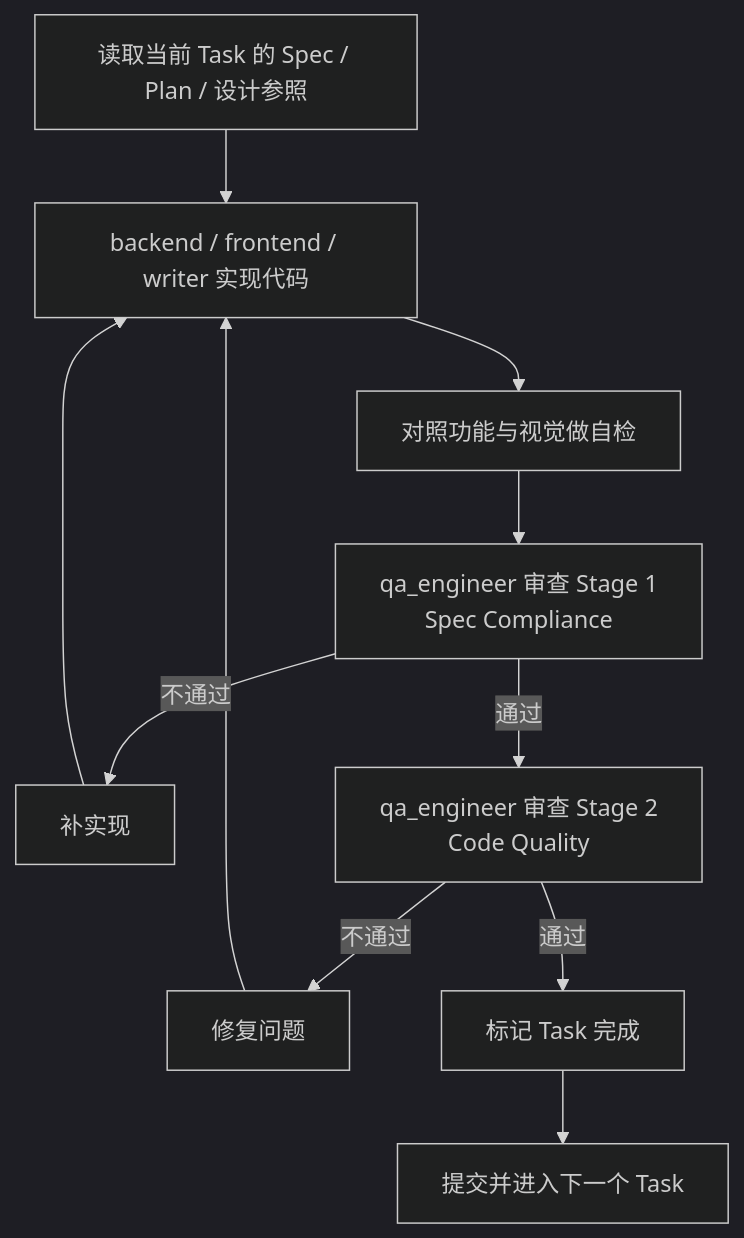
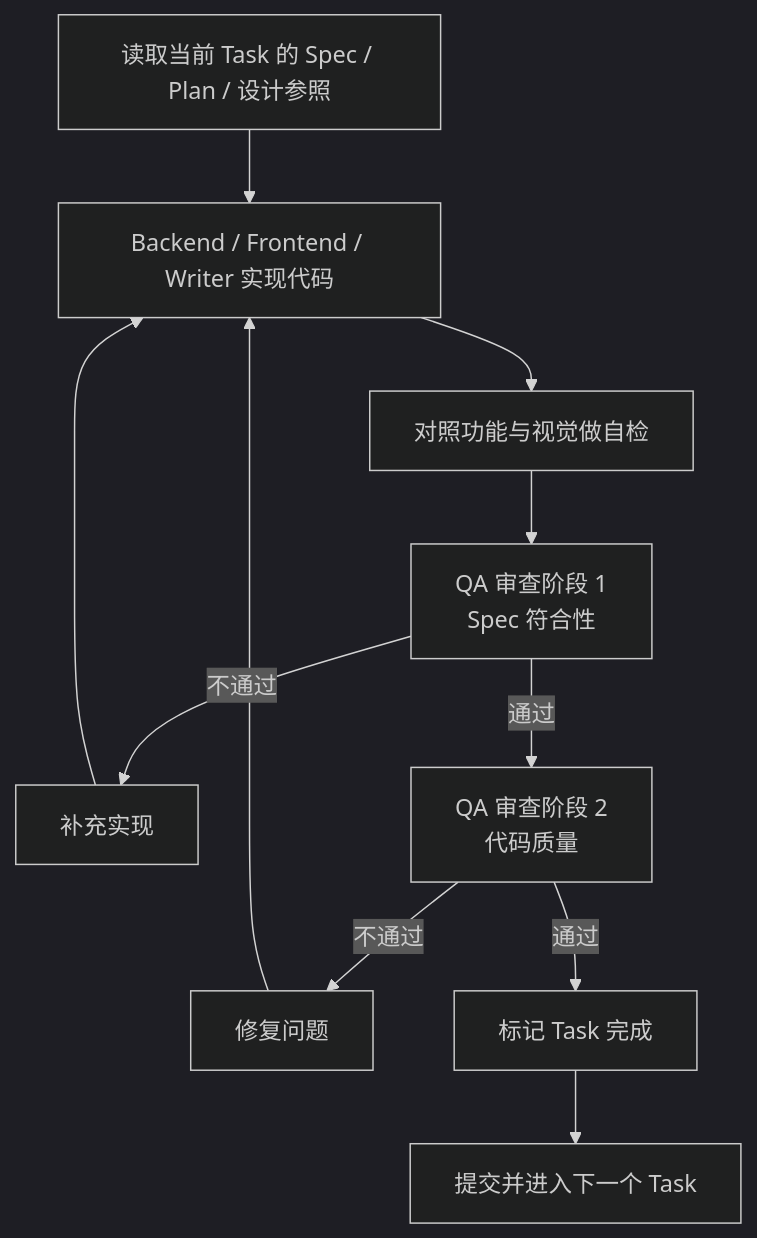
One commit to walke2019/opencode-pm-workflow changed the fourth of 5 diagrams in docs/runbooks/pm-workflow-usage-flow.md. Above: the diagram before and after it, drawn with Mermaid (dark theme). The commit also changed other lines of this file and 7 other files, not shown here.

Commit message:
docs: localize workflow architecture guides

````diff
--- a/docs/runbooks/pm-workflow-usage-flow.md
+++ b/docs/runbooks/pm-workflow-usage-flow.md
@@ -318,13 +366,13 @@
 ```mermaid
 flowchart TD
-    A[读取当前 Task 的 Spec / Plan / 设计参照] --> B[backend / frontend / writer 实现代码]
+    A[读取当前 Task 的 Spec / Plan / 设计参照] --> B[Backend / Frontend / Writer 实现代码]
     B --> C[对照功能与视觉做自检]
-    C --> D[qa_engineer 审查 Stage 1\nSpec Compliance]
-    D -- 不通过 --> E[补实现]
+    C --> D[QA 审查阶段 1<br/>Spec 符合性]
+    D -- 不通过 --> E[补充实现]
     E --> B
-    D -- 通过 --> F[qa_engineer 审查 Stage 2\nCode Quality]
+    D -- 通过 --> F[QA 审查阶段 2<br/>代码质量]
     F -- 不通过 --> G[修复问题]
     G --> B
     F -- 通过 --> H[标记 Task 完成]
     H --> I[提交并进入下一个 Task]
 ```
````
